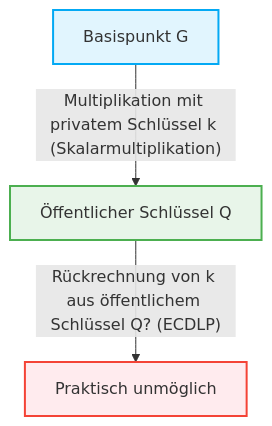
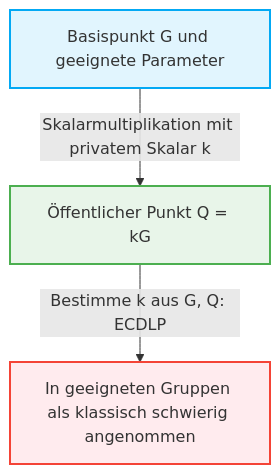
One commit to kenjinote/blog changed the second of 2 diagrams in content/post/public-key-cryptography-rsa-ecc/index.de.md. Above: the diagram before and after it, drawn with Mermaid. The commit also changed other lines of this file and 5 other files, not shown here.

````diff
--- a/content/post/public-key-cryptography-rsa-ecc/index.de.md
+++ b/content/post/public-key-cryptography-rsa-ecc/index.de.md
@@ -123,8 +165,8 @@
 ```mermaid
 graph TD
-    A["Basispunkt G"] -->|"Multiplikation mit privatem Schlüssel k (Skalarmultiplikation)"| B["Öffentlicher Schlüssel Q"]
-    B -->|"Rückrechnung von k aus öffentlichem Schlüssel Q? (ECDLP)"| C["Praktisch unmöglich"]
+    A["Basispunkt G und geeignete Parameter"] -->|"Skalarmultiplikation mit privatem Skalar k"| B["Öffentlicher Punkt Q = kG"]
+    B -->|"Bestimme k aus G, Q: ECDLP"| C["In geeigneten Gruppen als klassisch schwierig angenommen"]
     style A fill:#e1f5fe,stroke:#03a9f4,stroke-width:2px
     style B fill:#e8f5e9,stroke:#4caf50,stroke-width:2px
     style C fill:#ffebee,stroke:#f44336,stroke-width:2px
 ```
````
